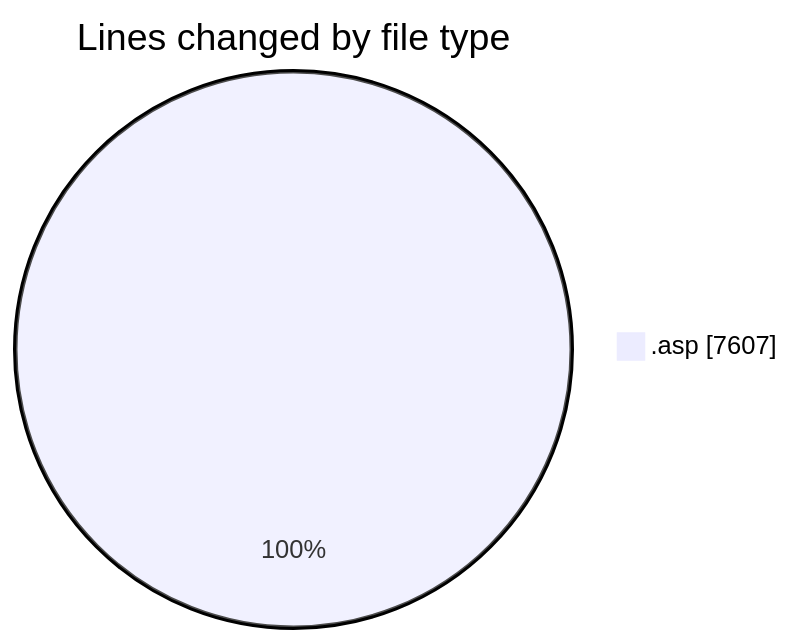
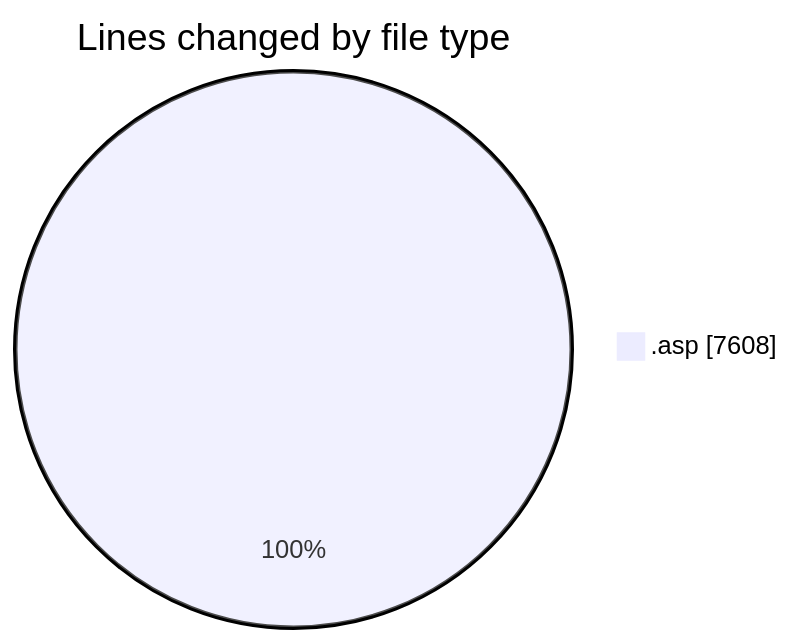
The first of 2 diagrams in 2025-11-15/cdp_aleoudev_fr__workspace_/README.md (julien-gomy/code-tracking), drawn with Mermaid before and after one commit. The commit also changed other lines of this file and 1 other file, not shown here.

````diff
--- a/2025-11-15/cdp_aleoudev_fr__workspace_/README.md
+++ b/2025-11-15/cdp_aleoudev_fr__workspace_/README.md
@@ -31,5 +31,5 @@
 ```mermaid
 pie showData
 title Lines changed by file type
-".asp" : 7607
+".asp" : 7608
 ```
````
